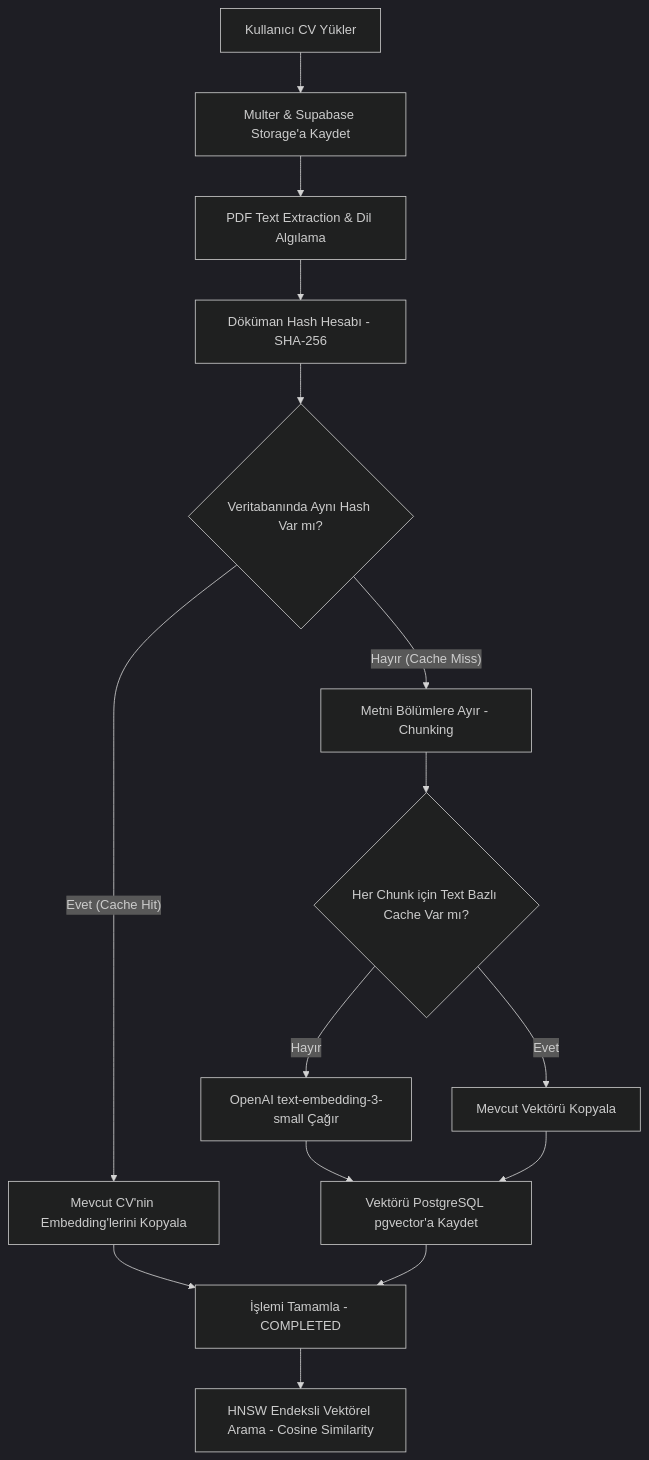
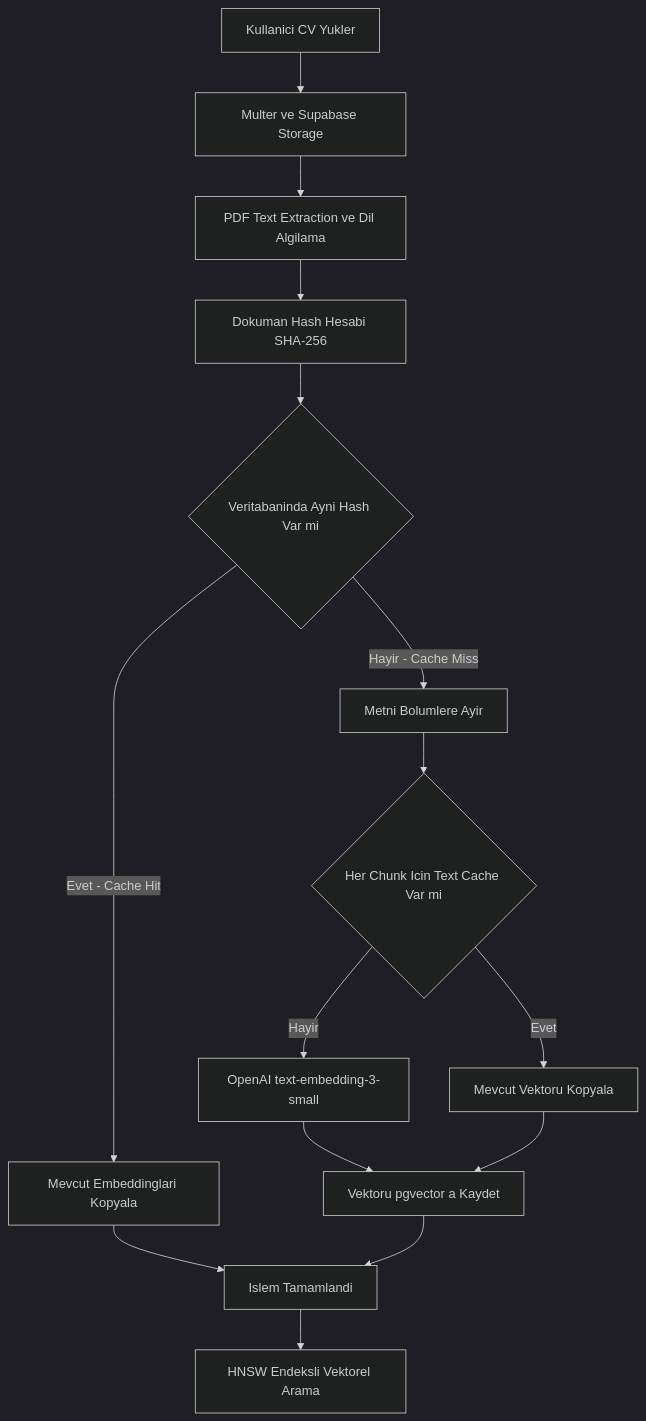
One commit to omerabali/STAJ22001 changed the second of 15 diagrams in astro-project/README.md. Above: the diagram before and after it, drawn with Mermaid (dark theme). The commit also changed other lines of this file and 188 other files, not shown here.

````diff
--- a/astro-project/README.md
+++ b/astro-project/README.md
@@ -96,17 +359,17 @@
 ```mermaid
 graph TD
-    A[Kullanıcı CV Yükler] --> B[Multer & Supabase Storage'a Kaydet]
-    B --> C[PDF Text Extraction & Dil Algılama]
-    C --> D[Döküman Hash Hesabı - SHA-256]
-    D --> E{Veritabanında Aynı Hash Var mı?}
-    E -- Evet (Cache Hit) --> F[Mevcut CV'nin Embedding'lerini Kopyala]
-    E -- Hayır (Cache Miss) --> G[Metni Bölümlere Ayır - Chunking]
-    G --> H{Her Chunk için Text Bazlı Cache Var mı?}
-    H -- Evet --> I[Mevcut Vektörü Kopyala]
-    H -- Hayır --> J[OpenAI text-embedding-3-small Çağır]
-    J --> K[Vektörü PostgreSQL pgvector'a Kaydet]
-    F --> L[İşlemi Tamamla - COMPLETED]
+    A[Kullanici CV Yukler] --> B[Multer ve Supabase Storage]
+    B --> C[PDF Text Extraction ve Dil Algilama]
+    C --> D[Dokuman Hash Hesabi SHA-256]
+    D --> E{Veritabaninda Ayni Hash Var mi}
+    E -->|Evet - Cache Hit| F[Mevcut Embeddinglari Kopyala]
+    E -->|Hayir - Cache Miss| G[Metni Bolumlere Ayir]
+    G --> H{Her Chunk Icin Text Cache Var mi}
+    H -->|Evet| I[Mevcut Vektoru Kopyala]
+    H -->|Hayir| J[OpenAI text-embedding-3-small]
+    J --> K[Vektoru pgvector a Kaydet]
+    F --> L[Islem Tamamlandi]
     I --> K
     K --> L
-    L --> M[HNSW Endeksli Vektörel Arama - Cosine Similarity]
+    L --> M[HNSW Endeksli Vektorel Arama]
 ```
````
